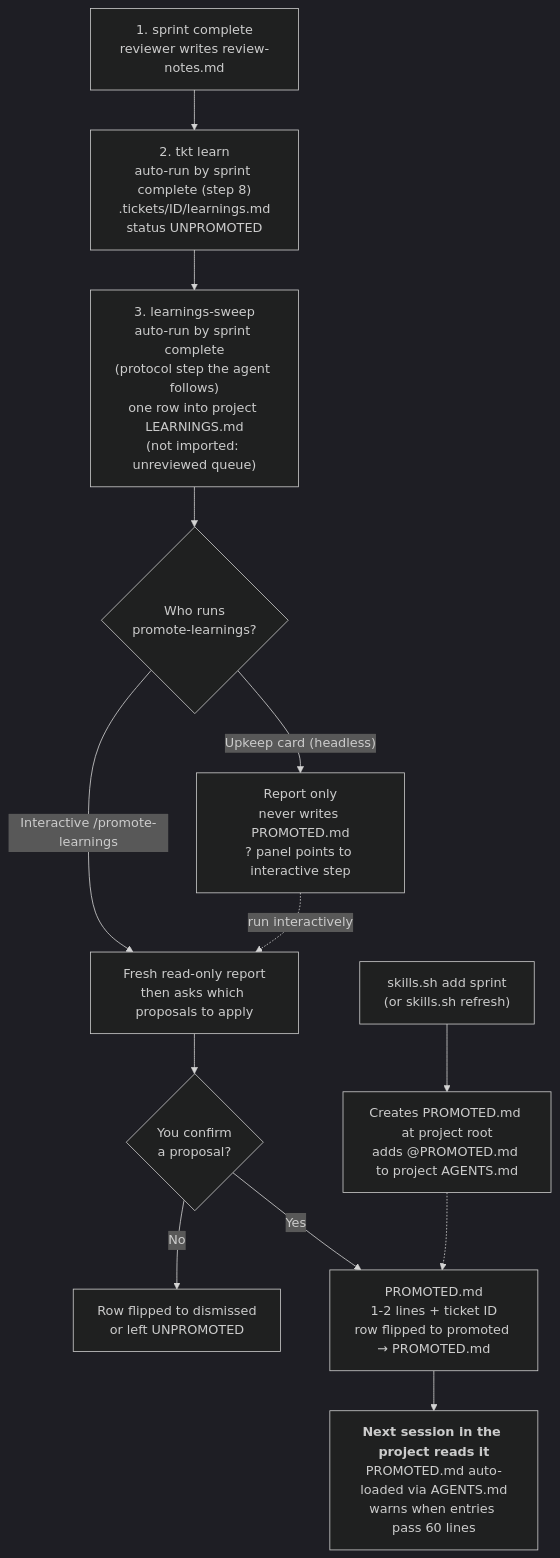
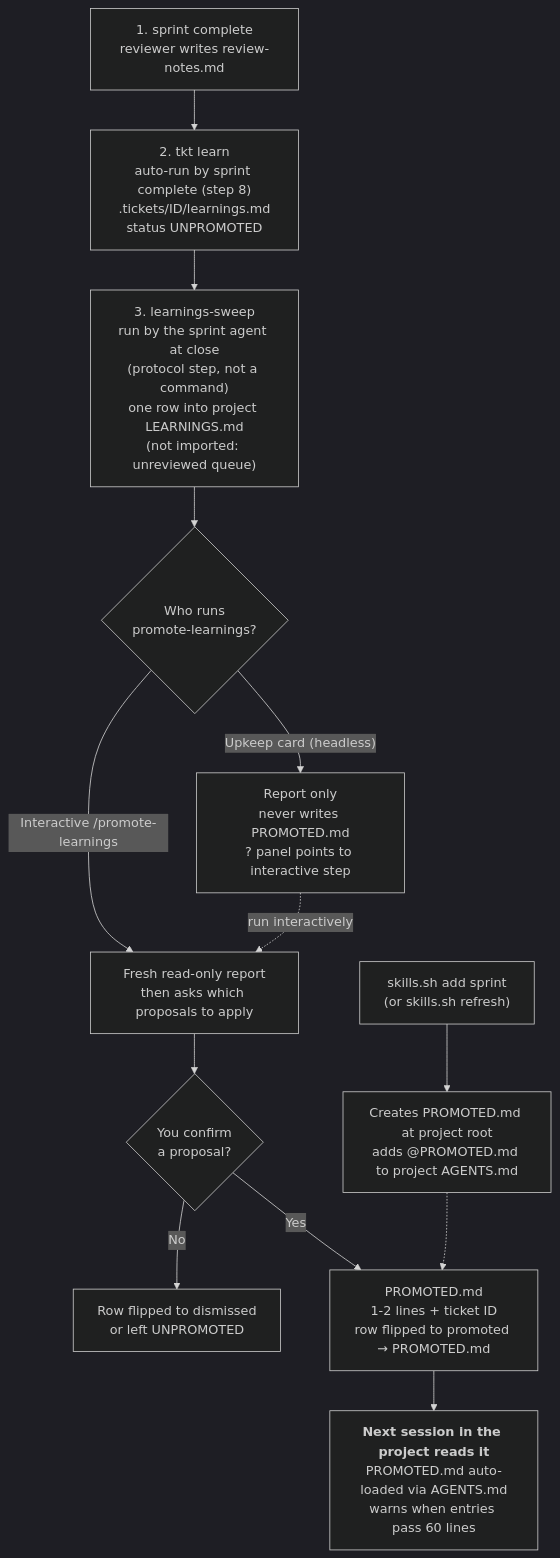
The second of 2 diagrams in docs/learnings.md (sunitghub/canon-skills), drawn with Mermaid (dark theme) before and after one commit. The commit also changed 1 other file, not shown here.

Commit message:
docs: fix the last learnings-sweep wording and note the lint limits
The learnings diagram still said sprint complete runs the sweep; it is a
protocol step the agent follows. Write the lint test's deliberate limits
in its header.

Refs: t-ceec

Claude-Session: https://claude.ai/code/session_012dwAY9DJEZTBAQbQTLtyoF

````diff
--- a/docs/learnings.md
+++ b/docs/learnings.md
@@ -234,15 +234,15 @@
 ```mermaid
 flowchart TD
     S["skills.sh add sprint<br/>(or skills.sh refresh)"] --> T["Creates PROMOTED.md at project root<br/>adds @PROMOTED.md to project AGENTS.md"]
     A["1. sprint complete<br/>reviewer writes review-notes.md"] --> B["2. tkt learn<br/>auto-run by sprint complete (step 8)<br/>.tickets/ID/learnings.md<br/>status UNPROMOTED"]
-    B --> E["3. learnings-sweep<br/>auto-run by sprint complete<br/>(protocol step the agent follows)<br/>one row into project LEARNINGS.md<br/>(not imported: unreviewed queue)"]
+    B --> E["3. learnings-sweep<br/>run by the sprint agent at close<br/>(protocol step, not a command)<br/>one row into project LEARNINGS.md<br/>(not imported: unreviewed queue)"]
     E --> U{"Who runs<br/>promote-learnings?"}
     U -- "Upkeep card (headless)" --> V["Report only<br/>never writes PROMOTED.md<br/>? panel points to interactive step"]
     U -- "Interactive /promote-learnings" --> F["Fresh read-only report<br/>then asks which proposals to apply"]
     V -. "run interactively" .-> F
     F --> G{"You confirm<br/>a proposal?"}
     G -- No --> H["Row flipped to dismissed<br/>or left UNPROMOTED"]
     G -- Yes --> Q["PROMOTED.md<br/>1-2 lines + ticket ID<br/>row flipped to promoted → PROMOTED.md"]
     T -.-> Q
     Q --> R["<b>Next session in the project reads it</b><br/>PROMOTED.md auto-loaded via AGENTS.md<br/>warns when entries pass 60 lines"]
 ```
````
